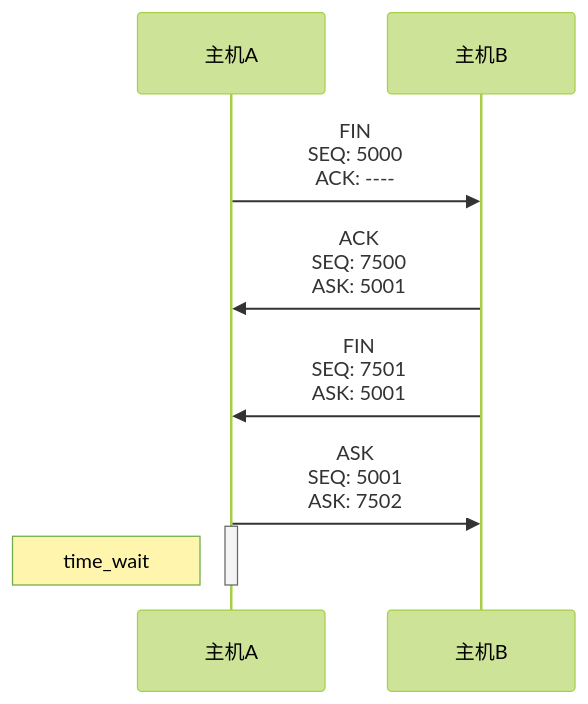
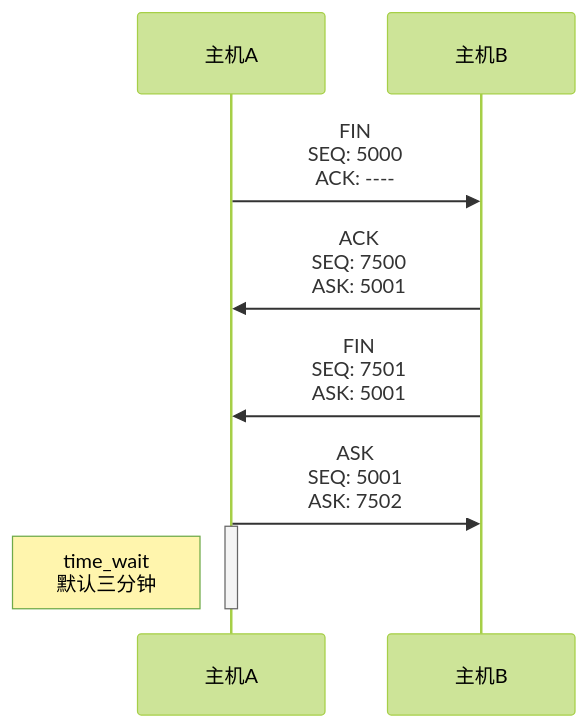
One commit to shicxin/CS-Chat_System changed the diagram in README.md. Above: the diagram before and after it, drawn with Mermaid (forest theme). The commit also changed other lines of this file and 1 other file, not shown here.

````diff
--- a/README.md
+++ b/README.md
@@ -260,10 +260,10 @@
      ```mermaid
      sequenceDiagram
      	主机A->>主机B: FIN <br/> SEQ: 5000<br/> ACK: ----
      	主机B->>主机A: ACK <br/> SEQ: 7500<br/> ASK: 5001
      	主机B->>主机A: FIN <br/> SEQ: 7501<br/> ASK: 5001
      	主机A->>主机B: ASK <br/> SEQ: 5001<br/> ASK: 7502
          activate 主机A
-         Note left of 主机A: time_wait
+         Note left of 主机A: time_wait<br/>默认三分钟
      	deactivate 主机A
      ```
````
